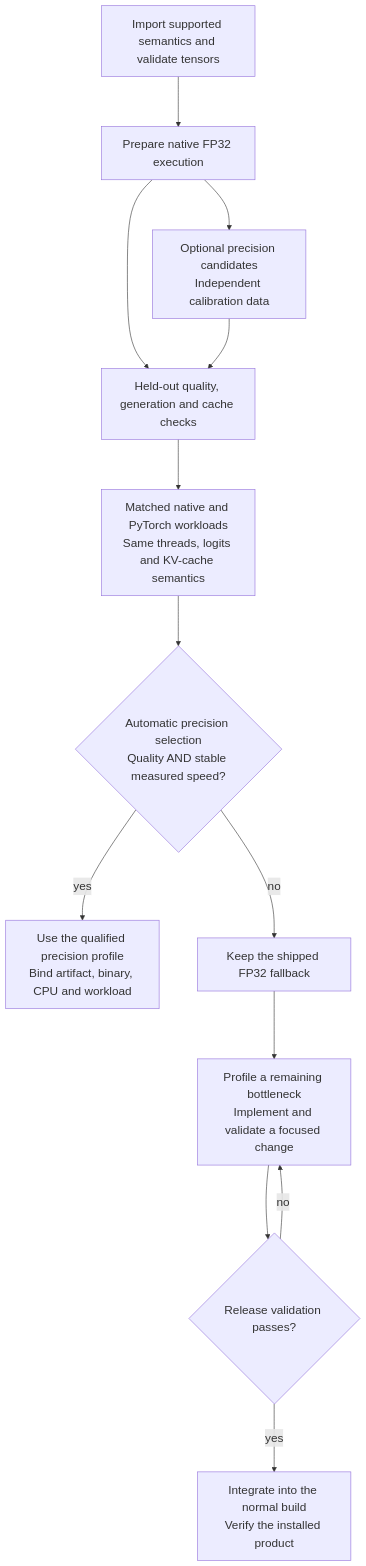
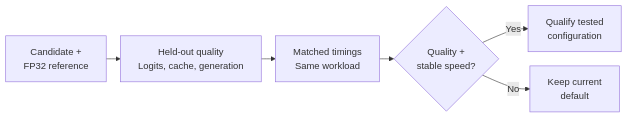
The second of 2 diagrams in README.md (Nbit-51/Leaf), drawn with Mermaid before and after one commit. The commit also changed other lines of this file and 5 other files, not shown here.

````diff
--- a/README.md
+++ b/README.md
@@ -384,23 +122,9 @@
 ```mermaid
-%%{init: {"themeVariables": {"fontSize": "20px"}, "flowchart": {"nodeSpacing": 65, "rankSpacing": 85}}}%%
-flowchart TB
-    A["Import supported semantics and validate tensors"]
-    B["Prepare native FP32 execution"]
-    C["Optional precision candidates<br/>Independent calibration data"]
-    D["Held-out quality, generation and cache checks"]
-    E["Matched native and PyTorch workloads<br/>Same threads, logits and KV-cache semantics"]
-    F{"Automatic precision selection<br/>Quality AND stable measured speed?"}
-    G["Use the qualified precision profile<br/>Bind artifact, binary, CPU and workload"]
-    H["Keep the shipped FP32 fallback"]
-    I["Profile a remaining bottleneck<br/>Implement and validate a focused change"]
-    J{"Release validation passes?"}
-    K["Integrate into the normal build<br/>Verify the installed product"]
-    A --> B --> D
-    B --> C --> D
-    D --> E --> F
-    F -- "yes" --> G
-    F -- "no" --> H
-    H --> I --> J
-    J -- "yes" --> K
-    J -- "no" --> I
+%%{init: {"flowchart": {"nodeSpacing": 24, "rankSpacing": 24}}}%%
+flowchart LR
+    C["Candidate +<br/>FP32 reference"] --> Q["Held-out quality<br/>Logits, cache, generation"]
+    Q --> B["Matched timings<br/>Same workload"]
+    B --> V{"Quality +<br/>stable speed?"}
+    V -- "Yes" --> I["Qualify tested<br/>configuration"]
+    V -- "No" --> H["Keep current<br/>default"]
 ```
````
